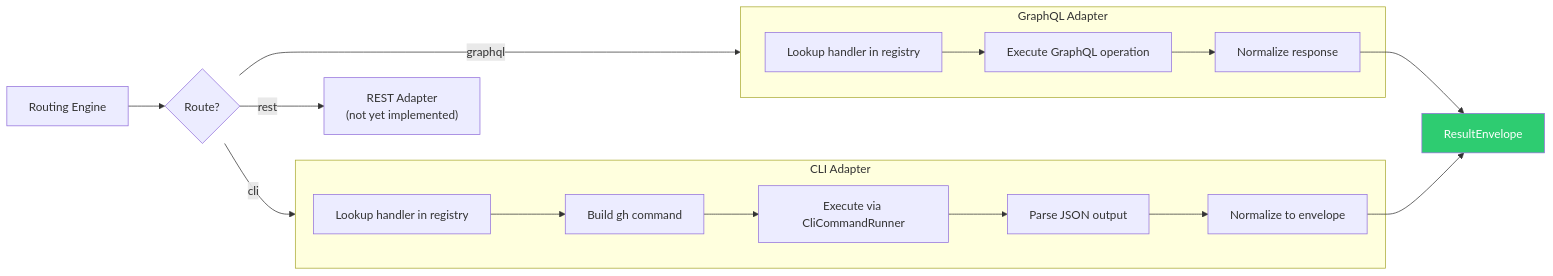
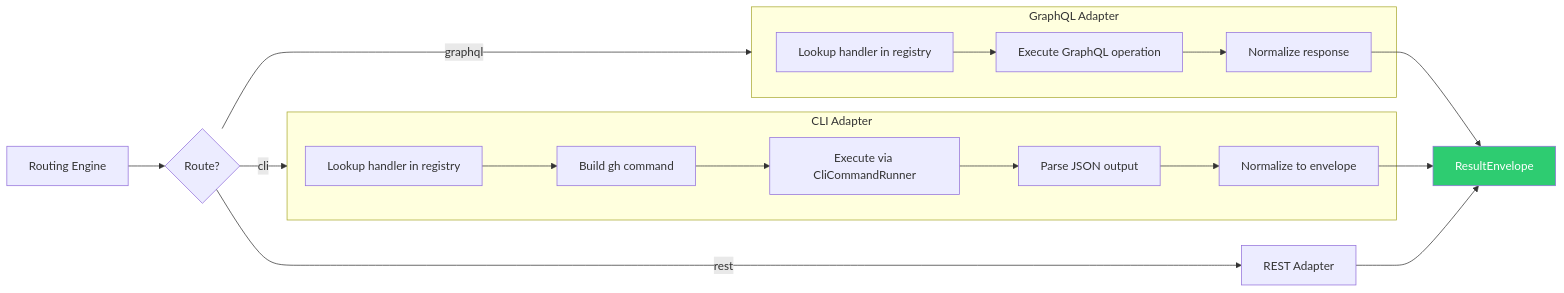
Before and after one commit to aryeko/ghx: the diagram in packages/core/docs/architecture/adapters.md, drawn with Mermaid. The commit also changed other lines of this file and 38 other files, not shown here.

````diff
--- a/packages/core/docs/architecture/adapters.md
+++ b/packages/core/docs/architecture/adapters.md
@@ -7,25 +7,26 @@
 ```mermaid
 flowchart LR
     Engine[Routing Engine] --> D{Route?}
 
     D -->|graphql| GQL[GraphQL Adapter]
     D -->|cli| CLI[CLI Adapter]
-    D -->|rest| REST["REST Adapter<br/>(not yet implemented)"]
+    D -->|rest| REST["REST Adapter"]
 
     subgraph GQL[GraphQL Adapter]
         GQL1[Lookup handler in registry] --> GQL2[Execute GraphQL operation]
         GQL2 --> GQL3[Normalize response]
     end
 
     subgraph CLI[CLI Adapter]
         CLI1[Lookup handler in registry] --> CLI2[Build gh command]
         CLI2 --> CLI3[Execute via CliCommandRunner]
         CLI3 --> CLI4[Parse JSON output]
         CLI4 --> CLI5[Normalize to envelope]
     end
 
     GQL3 --> RE[ResultEnvelope]
     CLI5 --> RE
+    REST --> RE
 
     style RE fill:#2ECC71,color:#fff
 ```
````
